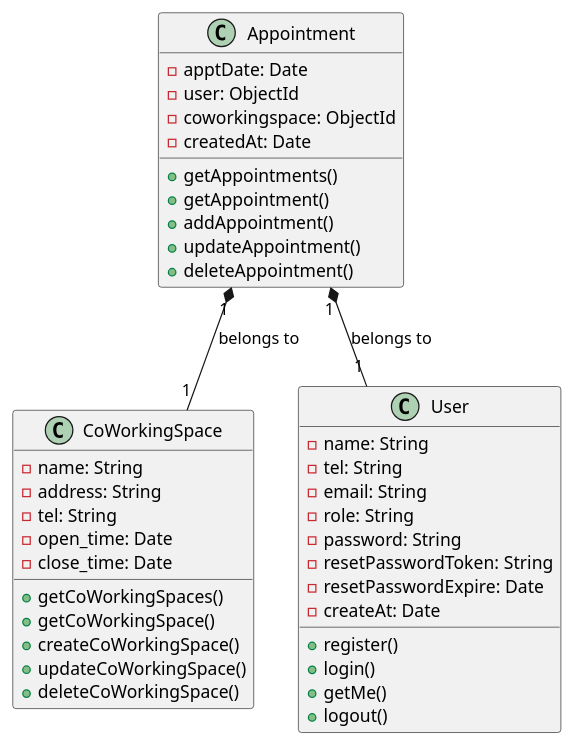
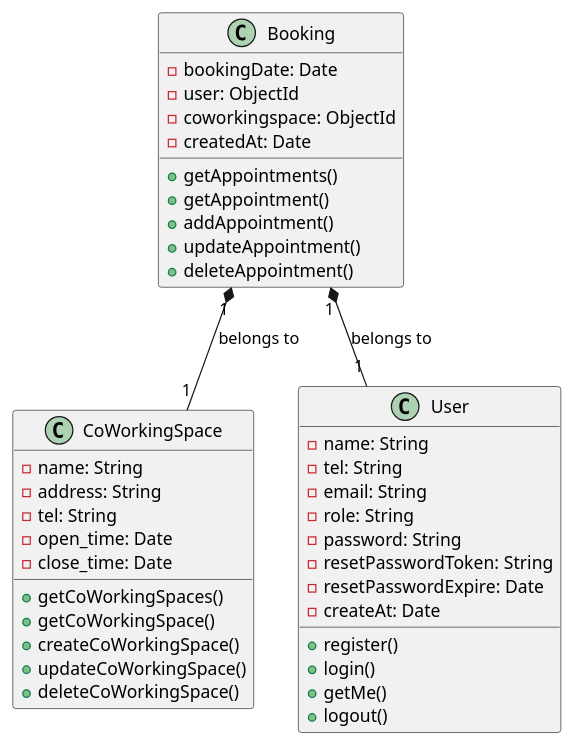
One commit to 2110503TACEDT66/presentation-day-1-nongearnproject changed the diagram in classDiagram.puml. Above: the diagram before and after it, drawn with PlantUML.

Commit message:
classDiagram fixed

```diff
--- a/classDiagram.puml
+++ b/classDiagram.puml
@@ -1,46 +1,46 @@
 @startuml
 
-class Appointment {
-    - apptDate: Date
+class Booking {
+    - bookingDate: Date
     - user: ObjectId
     - coworkingspace: ObjectId
     - createdAt: Date
     + getAppointments()
     + getAppointment()
     + addAppointment()
     + updateAppointment()
     + deleteAppointment()
 }
 
 class CoWorkingSpace {
     - name: String
     - address: String
     - tel: String
     - open_time: Date
     - close_time: Date
     + getCoWorkingSpaces()
     + getCoWorkingSpace()
     + createCoWorkingSpace()
     + updateCoWorkingSpace()
     + deleteCoWorkingSpace()
 }
 
 class User {
     - name: String
     - tel: String
     - email: String
     - role: String
     - password: String
     - resetPasswordToken: String
     - resetPasswordExpire: Date
     - createAt: Date
     + register()
     + login()
     + getMe()
     + logout()
 }
 
-Appointment "1" *-- "1" CoWorkingSpace : belongs to
-Appointment "1" *-- "1" User : belongs to
+Booking "1" *-- "1" CoWorkingSpace : belongs to
+Booking "1" *-- "1" User : belongs to
 
 @enduml
```
